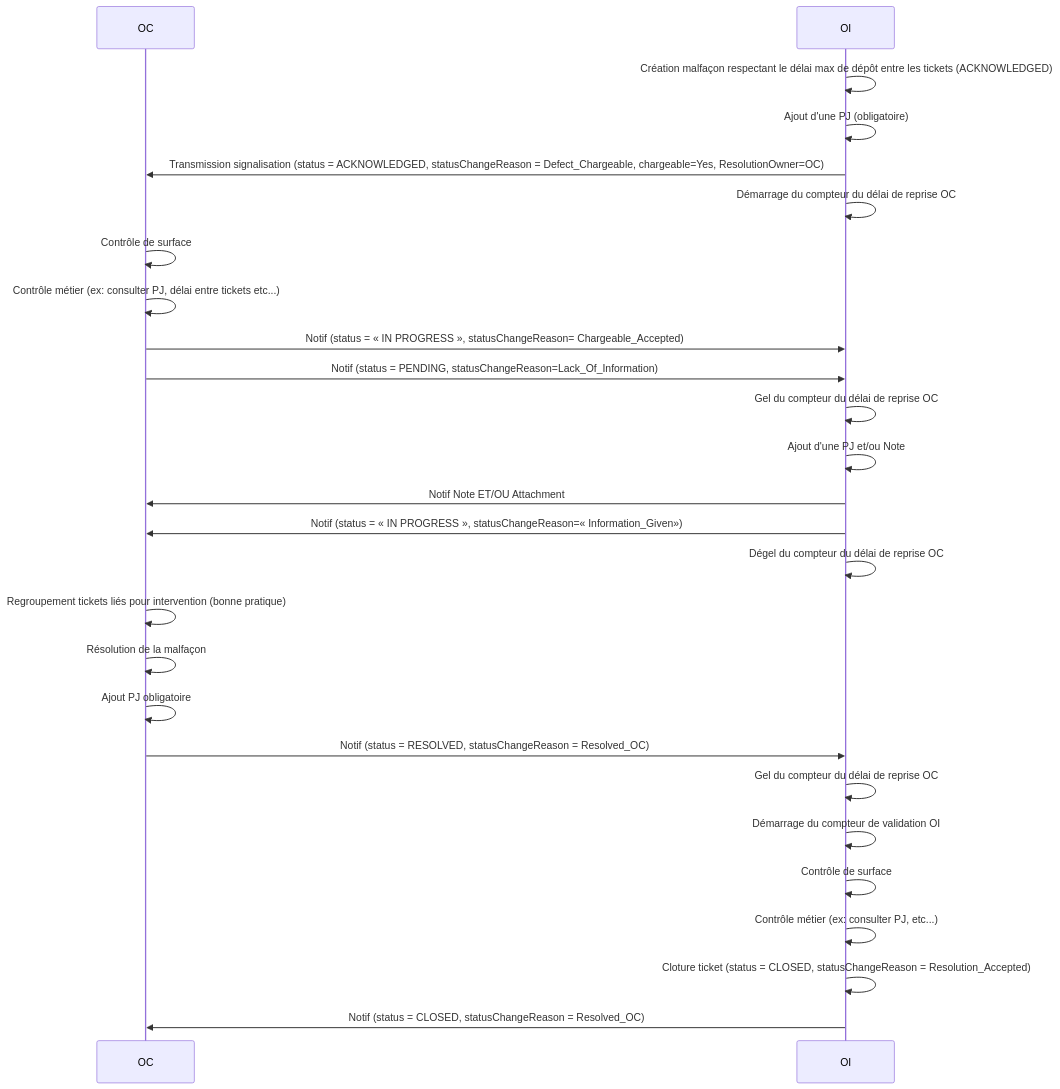
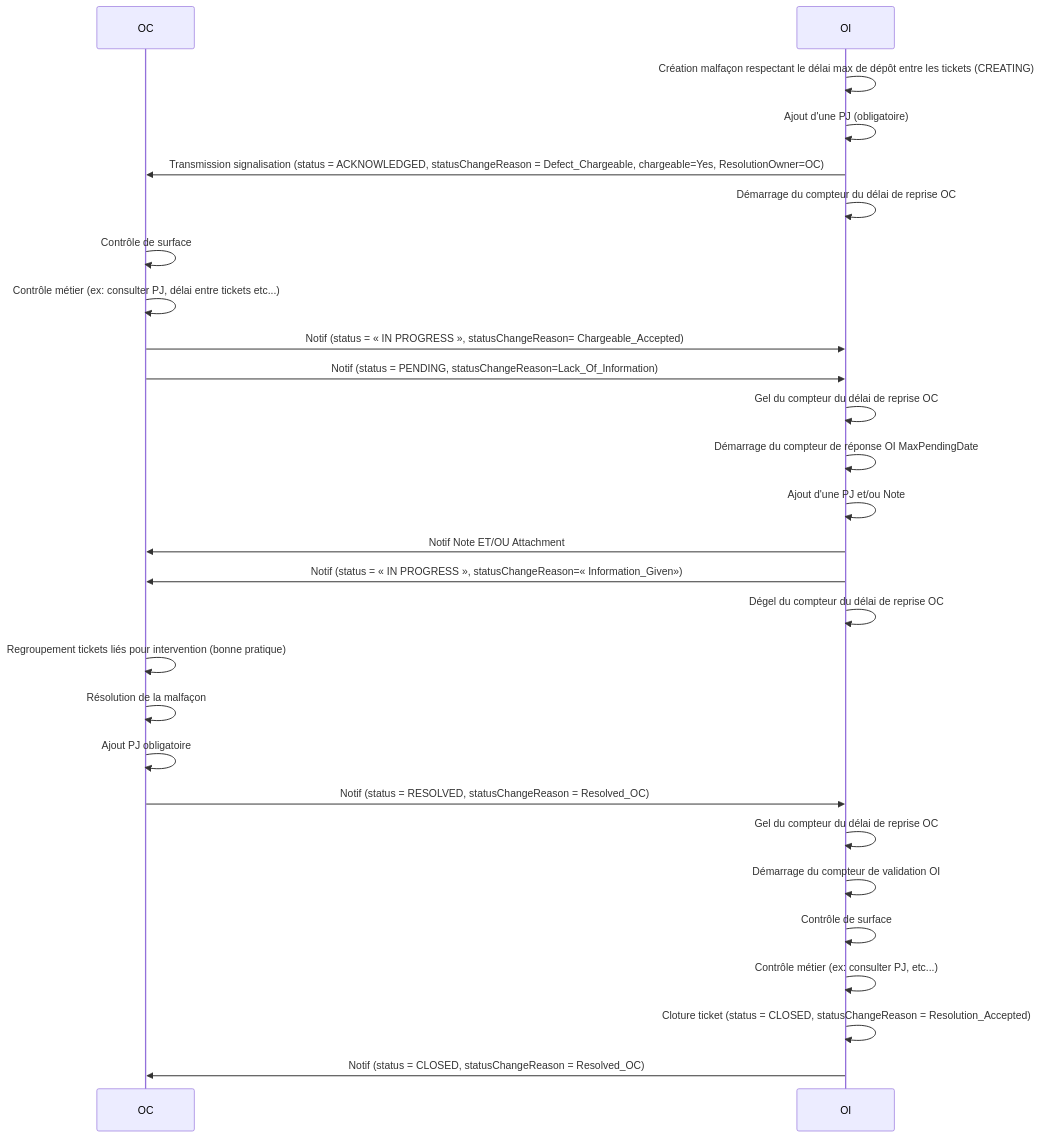
One commit to before-interop/malfacon changed the eighth of 12 diagrams in README.md. Above: the diagram before and after it, drawn with Mermaid. The commit also changed other lines of this file and 5 other files, not shown here.

````diff
--- a/README.md
+++ b/README.md
@@ -456,30 +500,31 @@
 ```mermaid
 sequenceDiagram
 
   participant OC
   participant OI
 
-  OI->>OI: Création malfaçon respectant le délai max de dépôt entre les tickets (ACKNOWLEDGED)
+  OI->>OI: Création malfaçon respectant le délai max de dépôt entre les tickets (CREATING)
   OI->>OI: Ajout d'une PJ (obligatoire)
   OI->>OC: Transmission signalisation (status = ACKNOWLEDGED, statusChangeReason = Defect_Chargeable, chargeable=Yes, ResolutionOwner=OC)
   OI->>OI: Démarrage du compteur du délai de reprise OC
   OC->>OC: Contrôle de surface
   OC->>OC: Contrôle métier (ex: consulter PJ, délai entre tickets etc...)
-  OC->>OI: Notif (status = « IN PROGRESS », statusChangeReason= Chargeable_Accepted)
+  OC->>OI: Notif (status = « IN PROGRESS », statusChangeReason= Chargeable_Accepted)
   OC->>OI: Notif (status = PENDING, statusChangeReason=Lack_Of_Information)
   OI->>OI: Gel du compteur du délai de reprise OC
+  OI->>OI: Démarrage du compteur de réponse OI MaxPendingDate
   OI->>OI: Ajout d'une PJ et/ou Note
   OI->>OC: Notif Note ET/OU Attachment
-  OI->>OC: Notif (status = « IN PROGRESS », statusChangeReason=« Information_Given»)
+  OI->>OC: Notif (status = « IN PROGRESS », statusChangeReason=« Information_Given»)
   OI->>OI: Dégel du compteur du délai de reprise OC
   OC->>OC: Regroupement tickets liés pour intervention (bonne pratique)
   OC->>OC: Résolution de la malfaçon
   OC->>OC: Ajout PJ obligatoire
   OC->>OI: Notif (status = RESOLVED, statusChangeReason = Resolved_OC)
   OI->>OI: Gel du compteur du délai de reprise OC
   OI->>OI: Démarrage du compteur de validation OI
   OI->>OI: Contrôle de surface
   OI->>OI: Contrôle métier (ex: consulter PJ, etc...)
   OI->>OI: Cloture ticket (status = CLOSED, statusChangeReason = Resolution_Accepted)
   OI->>OC: Notif (status = CLOSED, statusChangeReason = Resolved_OC)
 ```
````
